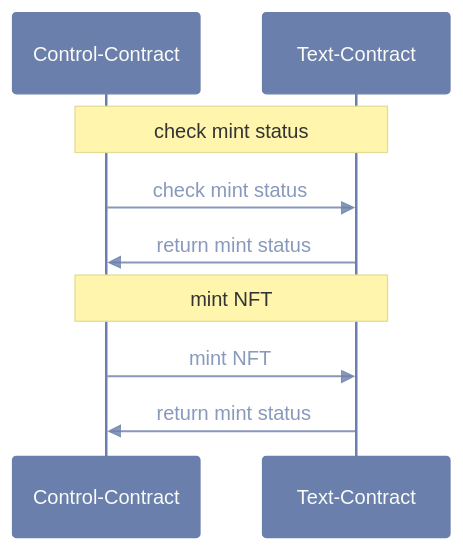
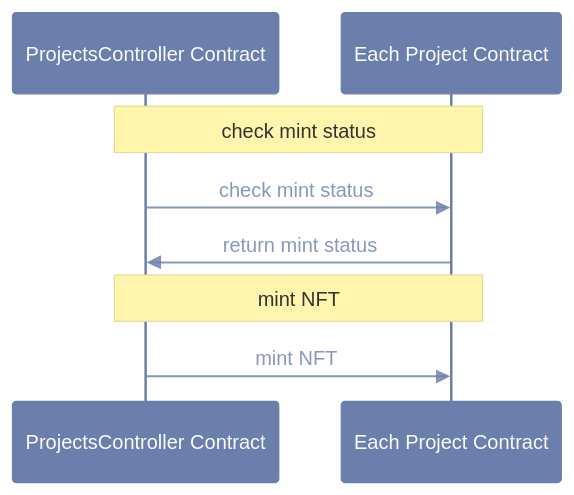
One commit to unchain-tech/passport-nfts changed the second of 3 diagrams in docs/NFT-distribution-diagram.md. Above: the diagram before and after it, drawn with Mermaid. The commit also changed other lines of this file, not shown here.

Commit message:
chore: update class diagram

````diff
--- a/docs/NFT-distribution-diagram.md
+++ b/docs/NFT-distribution-diagram.md
@@ -32,12 +35,11 @@
 ```mermaid
 %%{init:{'theme':'base','themeVariables':{'primaryColor':'#6A7FAB','primaryTextColor':'#FAFBF9','primaryBorderColor':'#6A7FAB','lineColor':'#6A7FABCC','textColor':'#6A7FABCC','fontSize':'20px'}}}%%
 sequenceDiagram
-    participant CC as Control-Contract
-    participant TC as Text-Contract
+    participant CC as ProjectsController Contract
+    participant TC as Each Project Contract
     Note over CC,TC: check mint status
     CC->>TC: check mint status
     TC->>CC: return mint status
     Note over CC,TC: mint NFT
     CC->>TC: mint NFT
-    TC->>CC: return mint status
 ```
````
